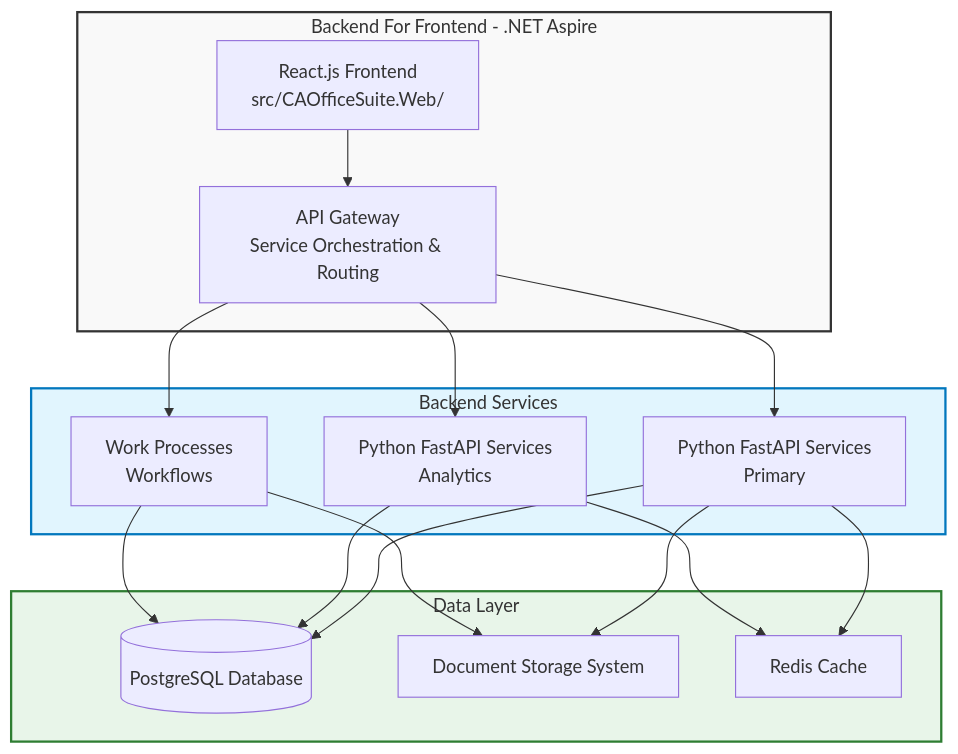
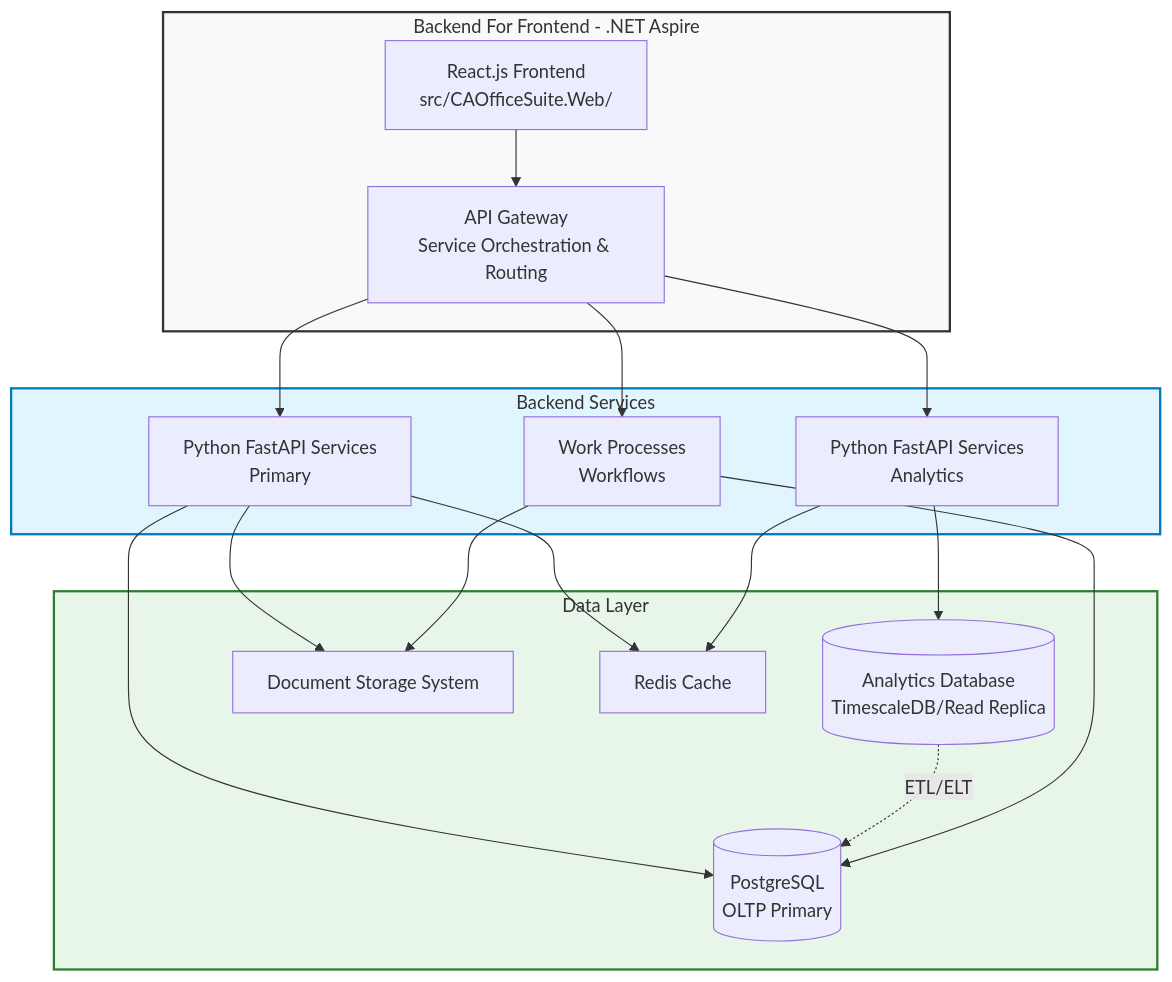
The diagram in docs/02_Architecture.md (Srivari-Hema-SSPL-2026/ca-office-suite), drawn with Mermaid before and after one commit. The commit also changed other lines of this file and 36 other files, not shown here.

````diff
--- a/docs/02_Architecture.md
+++ b/docs/02_Architecture.md
@@ -19,38 +19,40 @@
 ```mermaid
 graph TD
     subgraph DotNetAspire [Backend For Frontend - .NET Aspire]
         style DotNetAspire fill:#f9f9f9,stroke:#333,stroke-width:2px
         Frontend[React.js Frontend<br/>src/CAOfficeSuite.Web/]
         APIGateway[API Gateway<br/>Service Orchestration & Routing]
         
         Frontend --> APIGateway
     end
 
     subgraph BackendServices [Backend Services]
         style BackendServices fill:#e1f5fe,stroke:#0277bd,stroke-width:2px
         FastAPI[Python FastAPI Services<br/>Primary]
         Analytics[Python FastAPI Services<br/>Analytics]
         Workflows[Work Processes<br/>Workflows]
     end
 
     subgraph DataLayer [Data Layer]
         style DataLayer fill:#e8f5e9,stroke:#2e7d32,stroke-width:2px
-        Postgres[(PostgreSQL Database)]
+        Postgres[(PostgreSQL<br/>OLTP Primary)]
+        AnalyticsDB[(Analytics Database<br/>TimescaleDB/Read Replica)]
         DocStore[Document Storage System]
         Redis[Redis Cache]
     end
 
     APIGateway --> FastAPI
     APIGateway --> Analytics
     APIGateway --> Workflows
 
     FastAPI --> Postgres
     FastAPI --> DocStore
     FastAPI --> Redis
 
-    Analytics --> Postgres
+    Analytics --> AnalyticsDB
     Analytics --> Redis
+    AnalyticsDB -.ETL/ELT.-> Postgres
 
     Workflows --> Postgres
     Workflows --> DocStore
 ```
````
